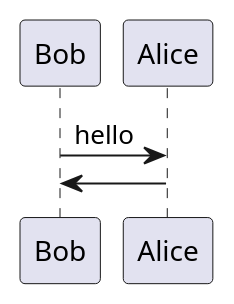
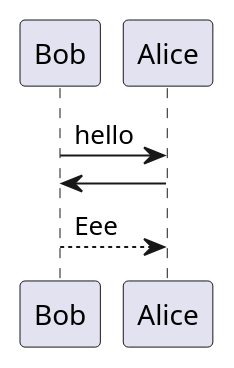
One commit to Atticon/myml changed the diagram in block_1.puml. Above: the diagram before and after it, drawn with PlantUML.

```diff
--- a/block_1.puml
+++ b/block_1.puml
@@ -1,4 +1,5 @@
 @startuml
 Bob -> Alice : hello
 Alice -> Bob
+Bob --> Alice : Eee
 @enduml
```
